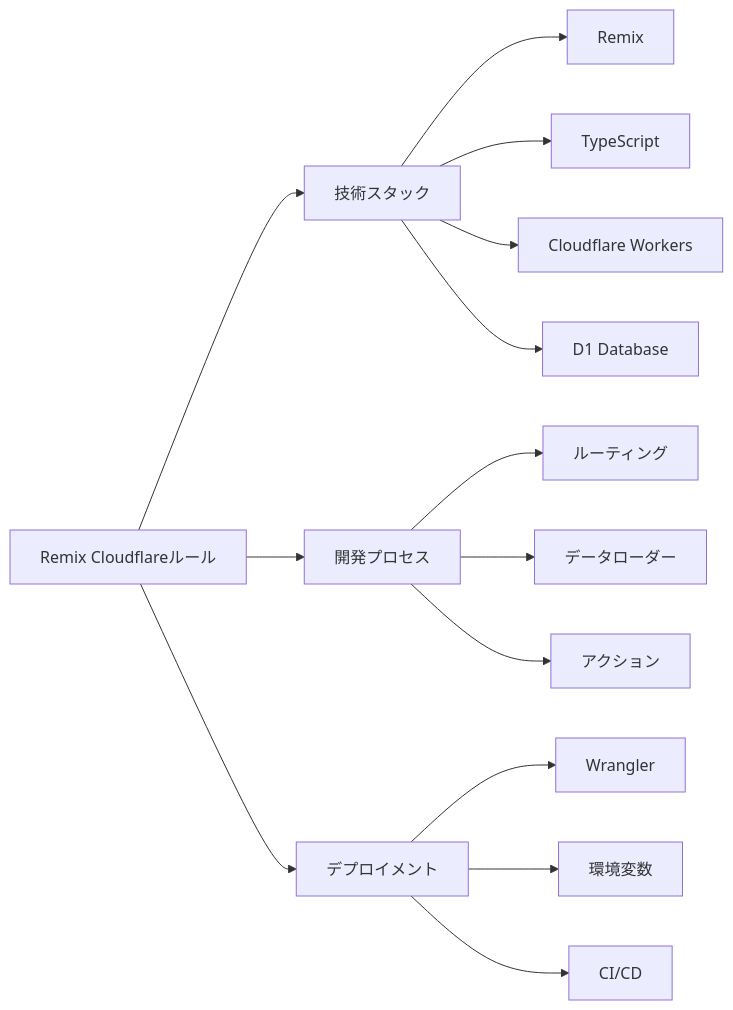
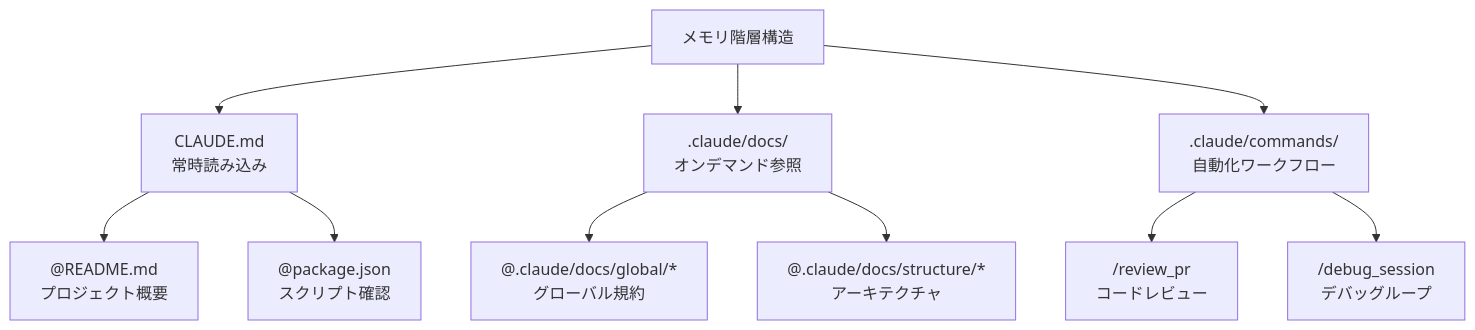
One commit to YunosukeYoshino/rules changed the third of 4 diagrams in README.md. Above: the diagram before and after it, drawn with Mermaid. The commit also changed other lines of this file, not shown here.

````diff
--- a/README.md
+++ b/README.md
@@ -92,19 +72,15 @@
 ```mermaid
-graph LR
-    A[Remix Cloudflareルール] --> B[技術スタック]
-    A --> C[開発プロセス]
-    A --> D[デプロイメント]
+graph TD
+    A[メモリ階層構造] --> B[CLAUDE.md<br/>常時読み込み]
+    A --> C[".claude/docs/<br/>オンデマンド参照"]
+    A --> D[".claude/commands/<br/>自動化ワークフロー"]
 
-    B --> B1[Remix]
-    B --> B2[TypeScript]
-    B --> B3[Cloudflare Workers]
-    B --> B4[D1 Database]
-    
-    C --> C1[ルーティング]
-    C --> C2[データローダー]
-    C --> C3[アクション]
-    
-    D --> D1[Wrangler]
-    D --> D2[環境変数]
-    D --> D3[CI/CD]
+    B --> B1["@README.md<br/>プロジェクト概要"]
+    B --> B2["@package.json<br/>スクリプト確認"]
+
+    C --> C1["@.claude/docs/global/*<br/>グローバル規約"]
+    C --> C2["@.claude/docs/structure/*<br/>アーキテクチャ"]
+
+    D --> D1["/review_pr<br/>コードレビュー"]
+    D --> D2["/debug_session<br/>デバッグループ"]
 ```
````
